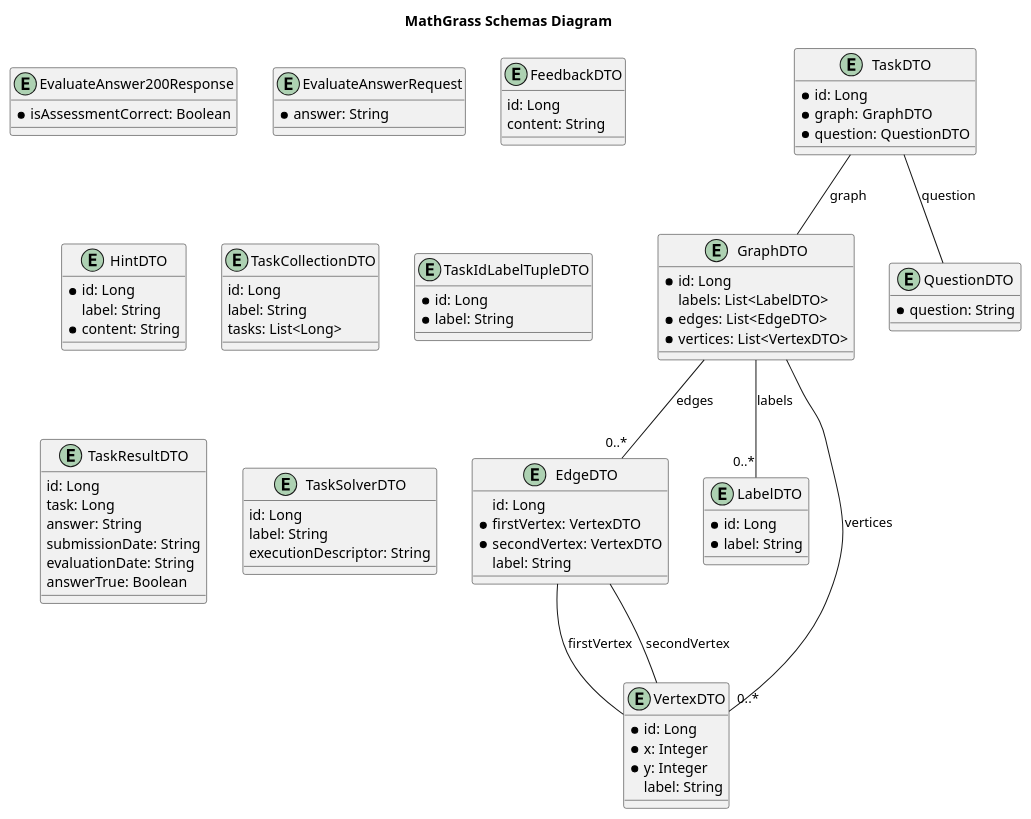
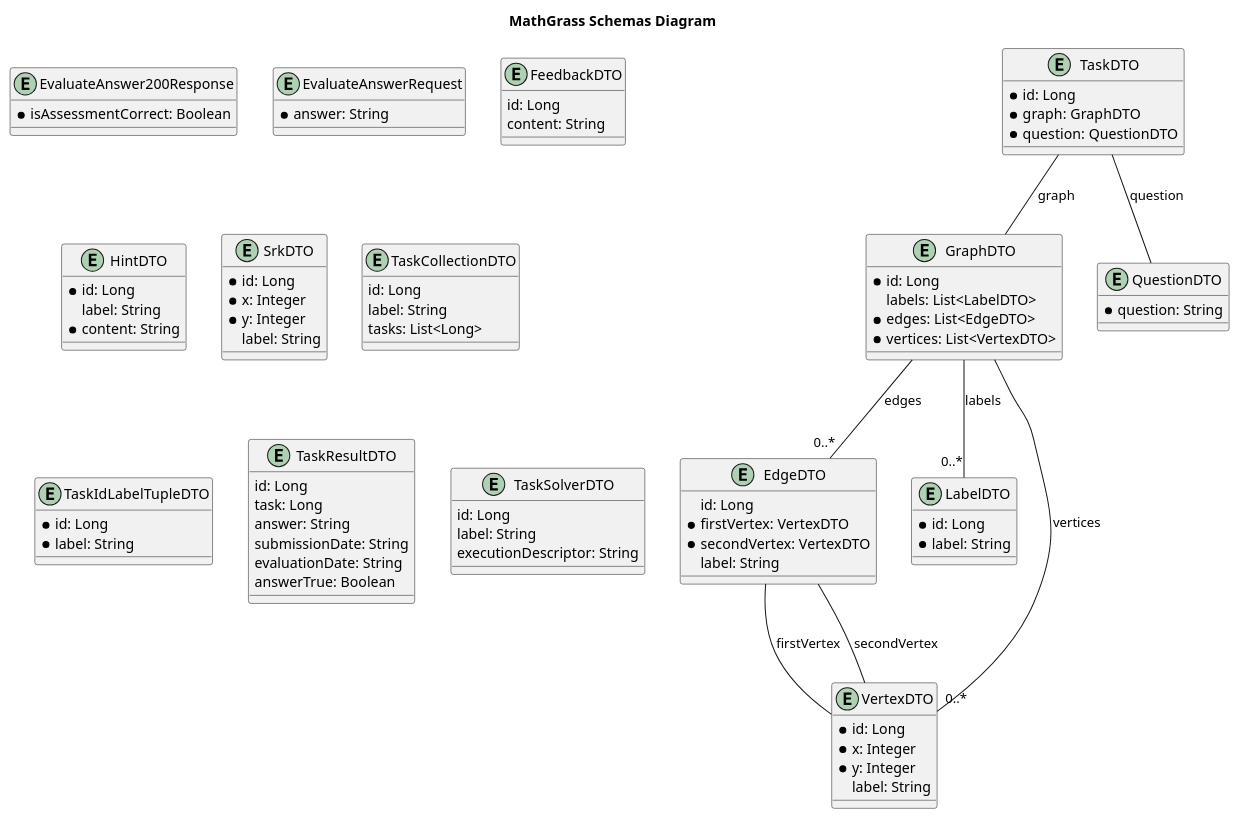
One commit to sreesumi007/backend-dev changed the diagram in openapi-spec/schemas.plantuml. Above: the diagram before and after it, drawn with PlantUML. The commit also changed 9 other files, not shown here.

Commit message:
Changes for Graph save

```diff
--- a/openapi-spec/schemas.plantuml
+++ b/openapi-spec/schemas.plantuml
@@ -1,95 +1,102 @@
 @startuml
 
 title MathGrass Schemas Diagram
 
 entity EdgeDTO {
     id: Long
     * firstVertex: VertexDTO
     * secondVertex: VertexDTO
     label: String
 }
 
 entity EvaluateAnswer200Response {
     * isAssessmentCorrect: Boolean
 }
 
 entity EvaluateAnswerRequest {
     * answer: String
 }
 
 entity FeedbackDTO {
     id: Long
     content: String
 }
 
 entity GraphDTO {
     * id: Long
     labels: List<LabelDTO>
     * edges: List<EdgeDTO>
     * vertices: List<VertexDTO>
 }
 
 entity HintDTO {
     * id: Long
     label: String
     * content: String
 }
 
 entity LabelDTO {
     * id: Long
     * label: String
 }
 
 entity QuestionDTO {
     * question: String
+}
+
+entity SrkDTO {
+    * id: Long
+    * x: Integer
+    * y: Integer
+    label: String
 }
 
 entity TaskCollectionDTO {
     id: Long
     label: String
     tasks: List<Long>
 }
 
 entity TaskDTO {
     * id: Long
     * graph: GraphDTO
     * question: QuestionDTO
 }
 
 entity TaskIdLabelTupleDTO {
     * id: Long
     * label: String
 }
 
 entity TaskResultDTO {
     id: Long
     task: Long
     answer: String
     submissionDate: String
     evaluationDate: String
     answerTrue: Boolean
 }
 
 entity TaskSolverDTO {
     id: Long
     label: String
     executionDescriptor: String
 }
 
 entity VertexDTO {
     * id: Long
     * x: Integer
     * y: Integer
     label: String
 }
 
 
 GraphDTO -- "0..*" LabelDTO : labels
 GraphDTO -- "0..*" EdgeDTO : edges
 GraphDTO -- "0..*" VertexDTO : vertices
 TaskDTO -- GraphDTO : graph
 TaskDTO -- QuestionDTO : question
 EdgeDTO -- VertexDTO : firstVertex
 EdgeDTO -- VertexDTO : secondVertex
 
 @enduml
```
